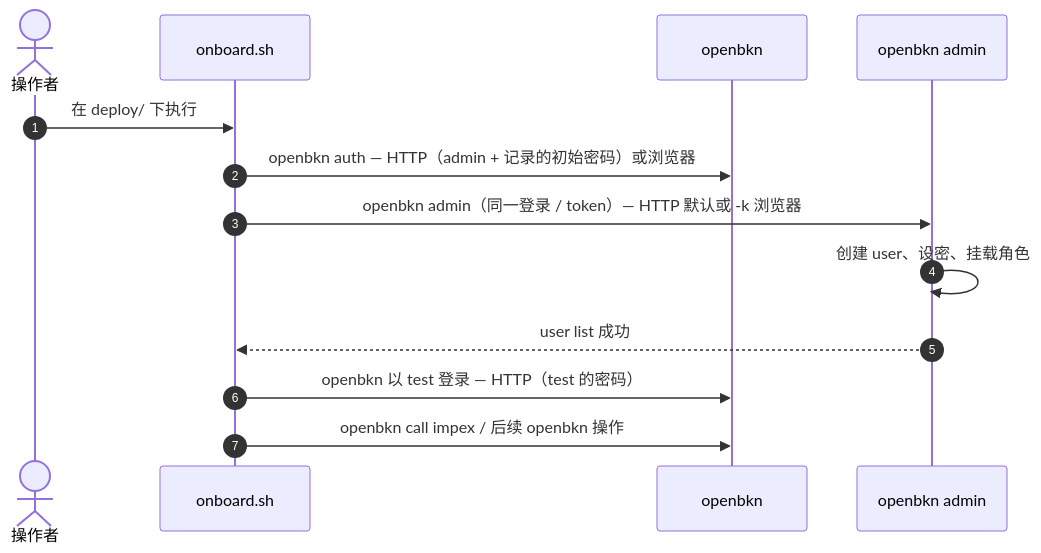
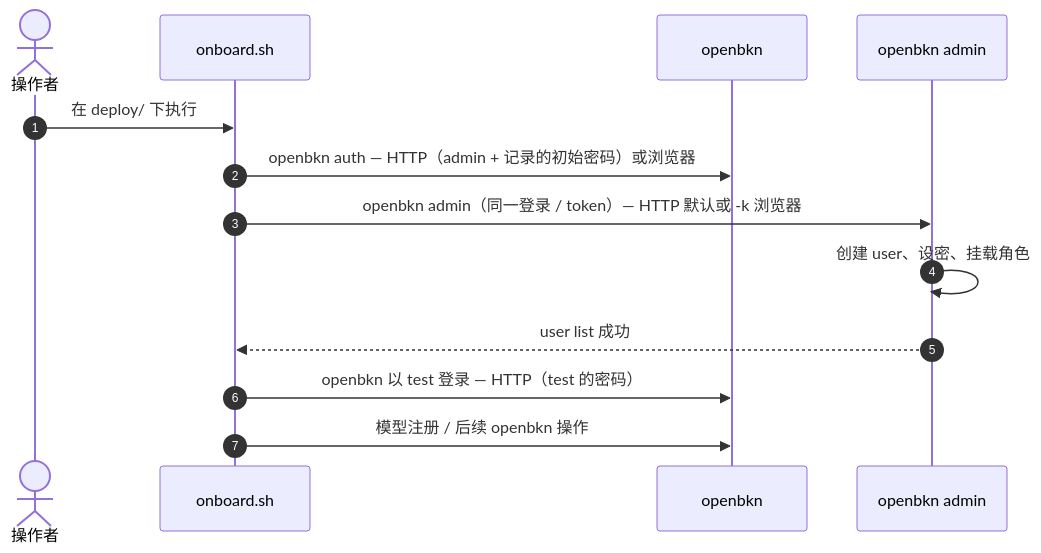
Before and after one commit to gitfortian/bkn-foundry: the third of 3 diagrams in help/zh/install.md, drawn with Mermaid. The commit also changed other lines of this file and 7 other files, not shown here.

````diff
--- a/help/zh/install.md
+++ b/help/zh/install.md
@@ -332,15 +331,15 @@
 ```mermaid
 sequenceDiagram
   autonumber
   actor U as 操作者
   participant O as onboard.sh
   participant K as openbkn
   participant A as openbkn admin
   U->>O: 在 deploy/ 下执行
   O->>K: openbkn auth — HTTP（admin + 记录的初始密码）或浏览器
   O->>A: openbkn admin（同一登录 / token）— HTTP 默认或 -k 浏览器
   A->>A: 创建 user、设密、挂载角色
   A-->>O: user list 成功
   O->>K: openbkn 以 test 登录 — HTTP（test 的密码）
-  O->>K: openbkn call impex / 后续 openbkn 操作
+  O->>K: 模型注册 / 后续 openbkn 操作
 ```
````
